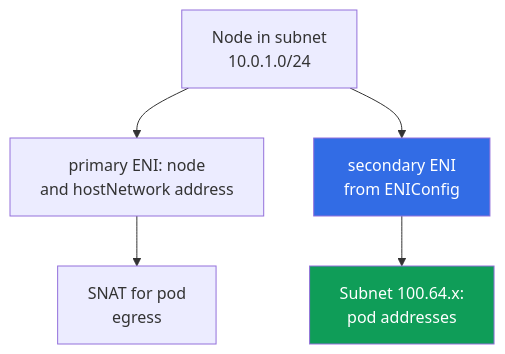
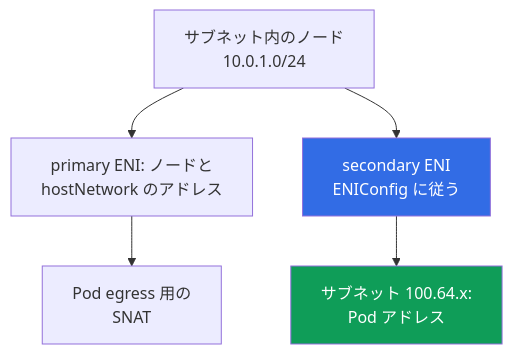
One commit to ViktorUJ/cks changed the second of 2 diagrams in tasks/eks/course/07/jp.md. Above: the diagram before and after it, drawn with Mermaid. The commit also changed other lines of this file and 534 other files, not shown here.

````diff
--- a/tasks/eks/course/07/jp.md
+++ b/tasks/eks/course/07/jp.md
@@ -109,9 +109,9 @@
 ```mermaid
 flowchart TB
-    node["Node in subnet<br/>10.0.1.0/24"] --> p["primary ENI: node<br/>and hostNetwork address"]
-    node --> s["secondary ENI<br/>from ENIConfig"]
-    s --> sub["Subnet 100.64.x:<br/>pod addresses"]
-    p --> snat["SNAT for pod<br/>egress"]
+    node["サブネット内のノード<br/>10.0.1.0/24"] --> p["primary ENI: ノードと<br/>hostNetwork のアドレス"]
+    node --> s["secondary ENI<br/>ENIConfig に従う"]
+    s --> sub["サブネット 100.64.x:<br/>Pod アドレス"]
+    p --> snat["Pod egress 用の<br/>SNAT"]
     style s fill:#326ce5,color:#fff
     style sub fill:#0f9d58,color:#fff
 ```
````
